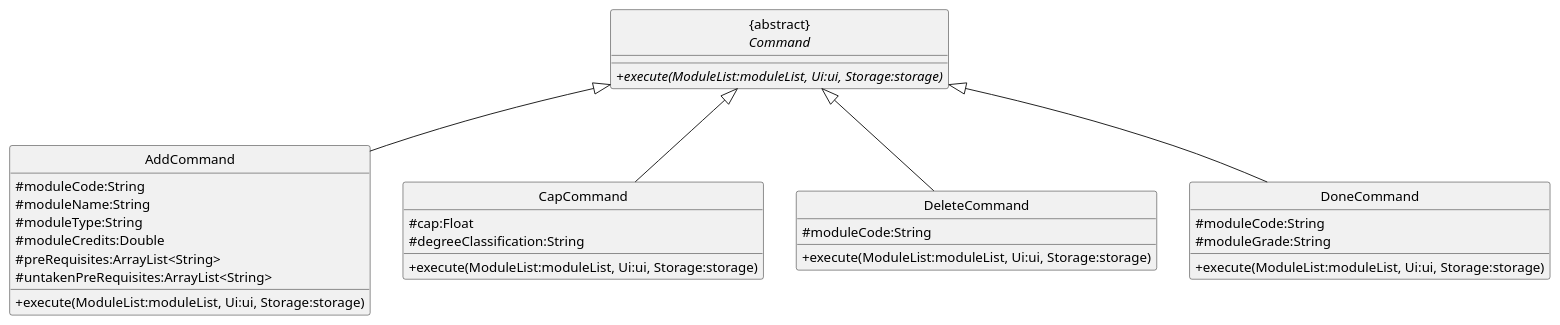
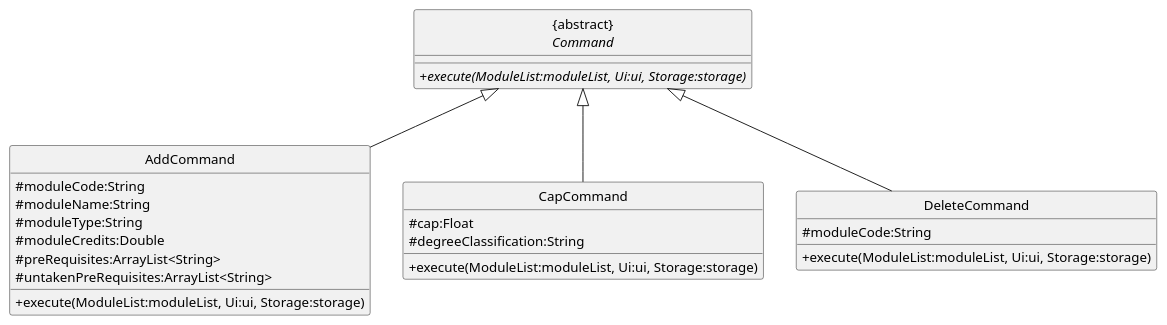
One commit to oscarlai1998/tp changed the diagram in docs/diagrams/CommandClassDiagram1.puml. Above: the diagram before and after it, drawn with PlantUML. The commit also changed 8 other files, not shown here.

Commit message:
Split Command class diagram into 3, add testing to PPP

```diff
--- a/docs/diagrams/CommandClassDiagram1.puml
+++ b/docs/diagrams/CommandClassDiagram1.puml
@@ -1,41 +1,34 @@
 @startuml
 
 hide circle
 skinparam classAttributeIconSize 0
 
 class "{abstract}\n<i>Command" {
     +<i>execute(ModuleList:moduleList, Ui:ui, Storage:storage)
 }
 
 class "AddCommand" {
     #moduleCode:String
     #moduleName:String
     #moduleType:String
     #moduleCredits:Double
     #preRequisites:ArrayList<String>
     #untakenPreRequisites:ArrayList<String>
     +execute(ModuleList:moduleList, Ui:ui, Storage:storage)
 }
 
 class "CapCommand" {
     #cap:Float
     #degreeClassification:String
     +execute(ModuleList:moduleList, Ui:ui, Storage:storage)
 }
 
 class "DeleteCommand" {
     #moduleCode:String
     +execute(ModuleList:moduleList, Ui:ui, Storage:storage)
 }
 
-class "DoneCommand" {
-    #moduleCode:String
-    #moduleGrade:String
-    +execute(ModuleList:moduleList, Ui:ui, Storage:storage)
-}
-
 "{abstract}\n<i>Command" <|-- "AddCommand"
 "{abstract}\n<i>Command" <|-- "CapCommand"
 "{abstract}\n<i>Command" <|-- "DeleteCommand"
-"{abstract}\n<i>Command" <|-- "DoneCommand"
 @enduml
```
